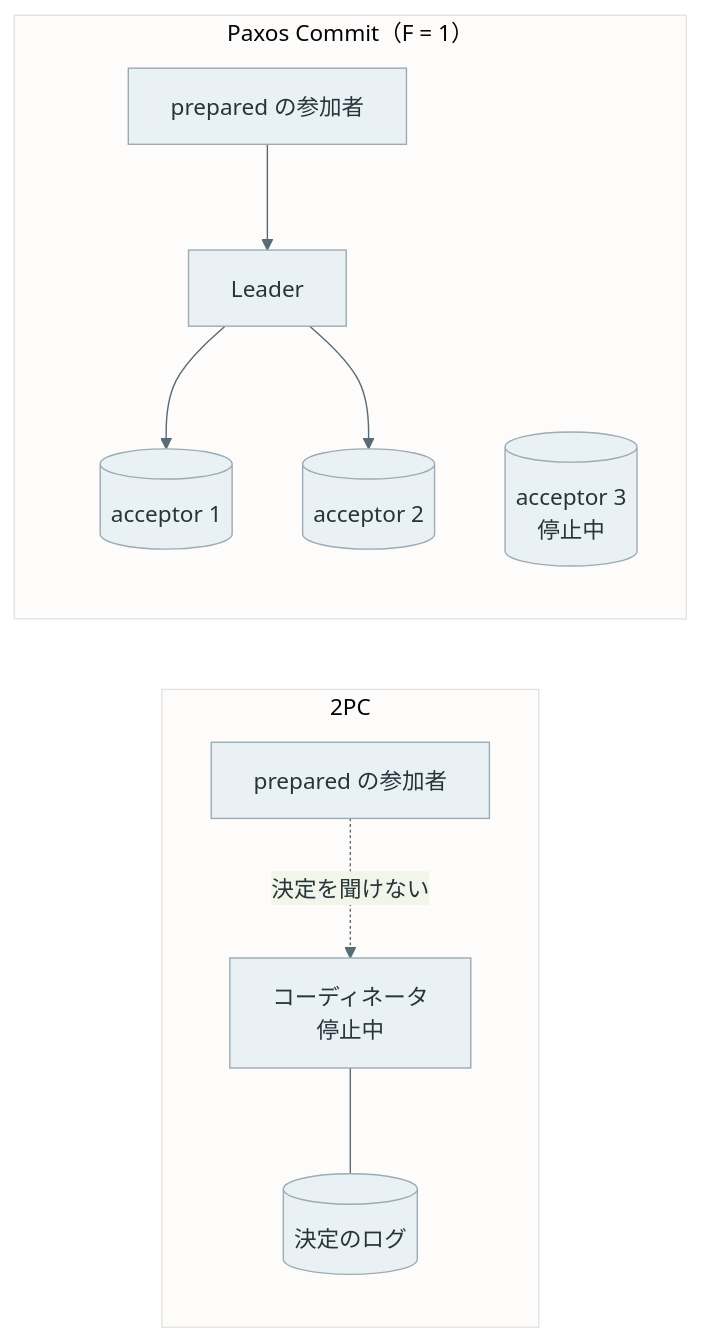
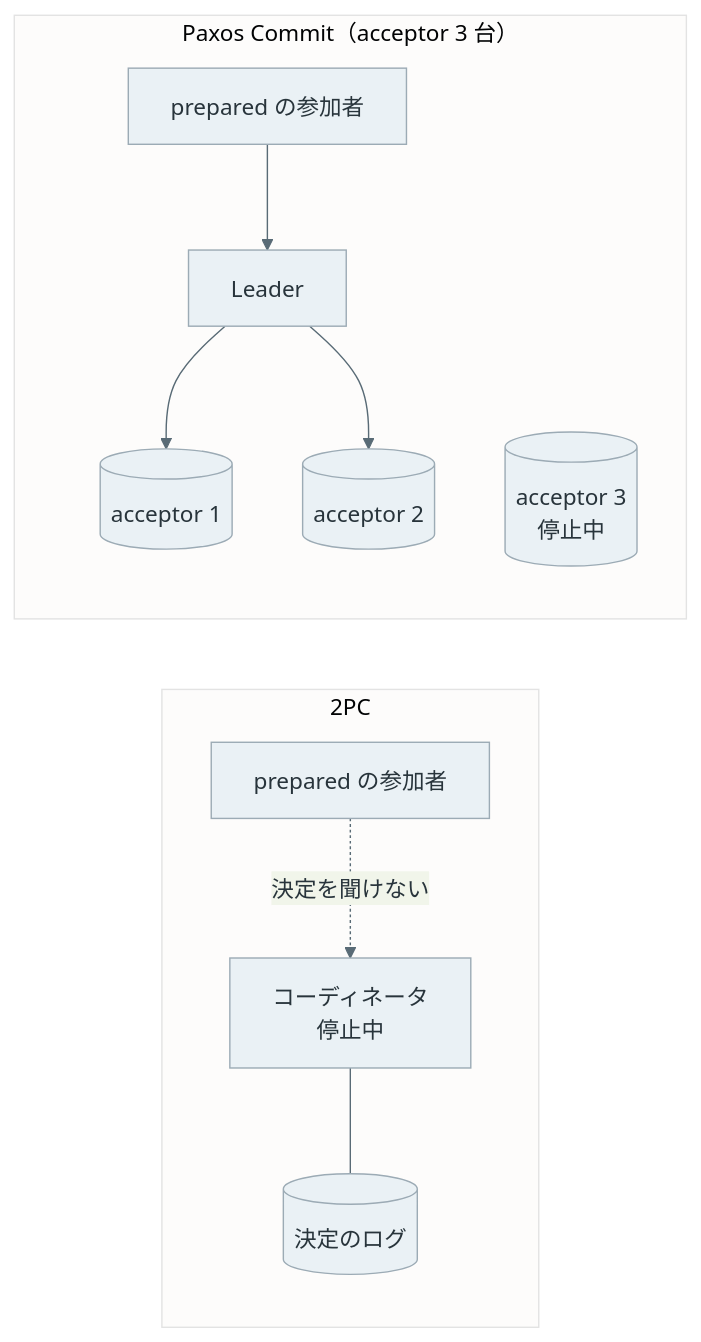
One commit to nao1215/debimate changed the seventh of 7 diagrams in content/notes/distributed-systems/two-phase-commit/index.md. Above: the diagram before and after it, drawn with Mermaid. The commit also changed other lines of this file and 6 other files, not shown here.

````diff
--- a/content/notes/distributed-systems/two-phase-commit/index.md
+++ b/content/notes/distributed-systems/two-phase-commit/index.md
@@ -192,15 +196,15 @@
 ```mermaid
 %%{init: {"theme":"base","themeVariables":{"primaryColor":"#eaf1f5","primaryTextColor":"#28343b","primaryBorderColor":"#9cabb5","lineColor":"#596b76","textColor":"#28343b","actorBkg":"#eaf1f5","actorBorder":"#9cabb5","actorTextColor":"#28343b","actorLineColor":"#9cabb5","signalColor":"#596b76","signalTextColor":"#28343b","noteBkgColor":"#f7f1e5","noteBorderColor":"#c5b99b","noteTextColor":"#403c32","activationBkgColor":"#edf3ef","activationBorderColor":"#9aafa1"}}}%%
 flowchart LR
     subgraph T["2PC"]
         TP["prepared の参加者"] -. 決定を聞けない .-> TC["コーディネータ<br/>停止中"]
         TC --- TL[("決定のログ")]
     end
-    subgraph P["Paxos Commit（F = 1）"]
+    subgraph P["Paxos Commit（acceptor 3 台）"]
         PP["prepared の参加者"] --> PL["Leader"]
         PL --> PA1[("acceptor 1")]
         PL --> PA2[("acceptor 2")]
         PA3[("acceptor 3<br/>停止中")]
     end
     classDef default fill:#eaf1f5,stroke:#9cabb5,color:#28343b;
 ```
````
